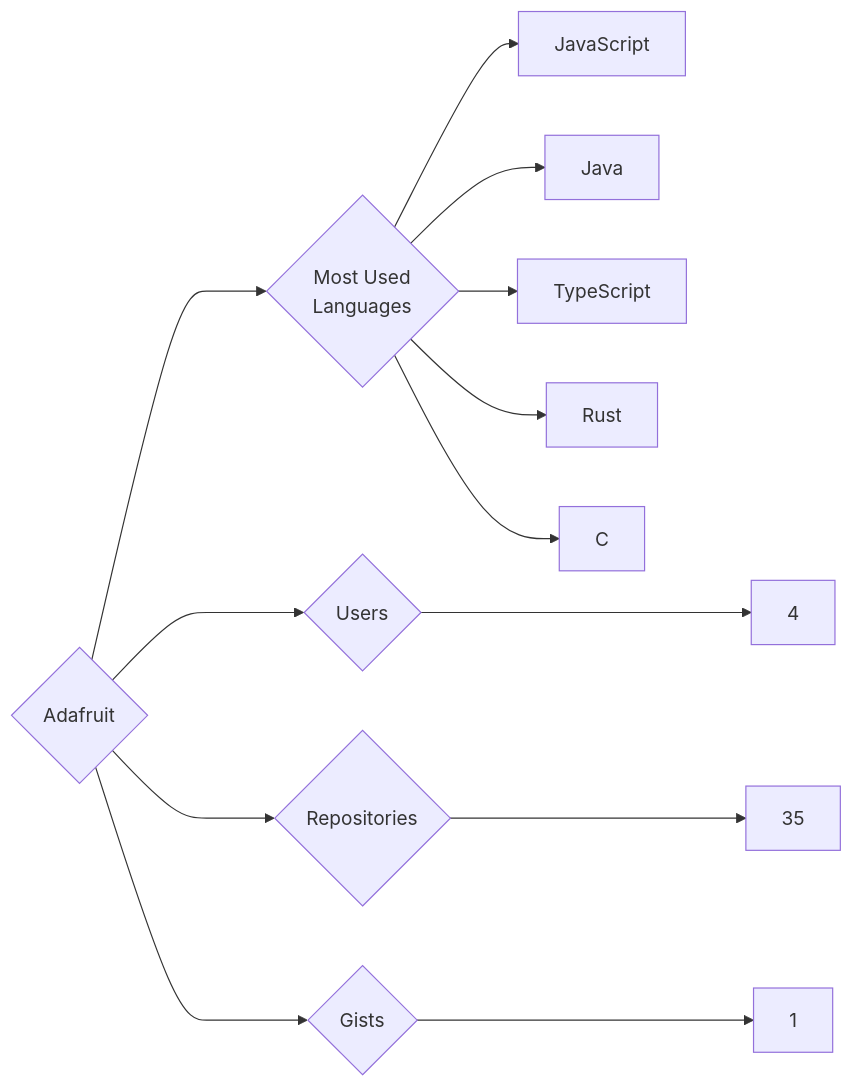
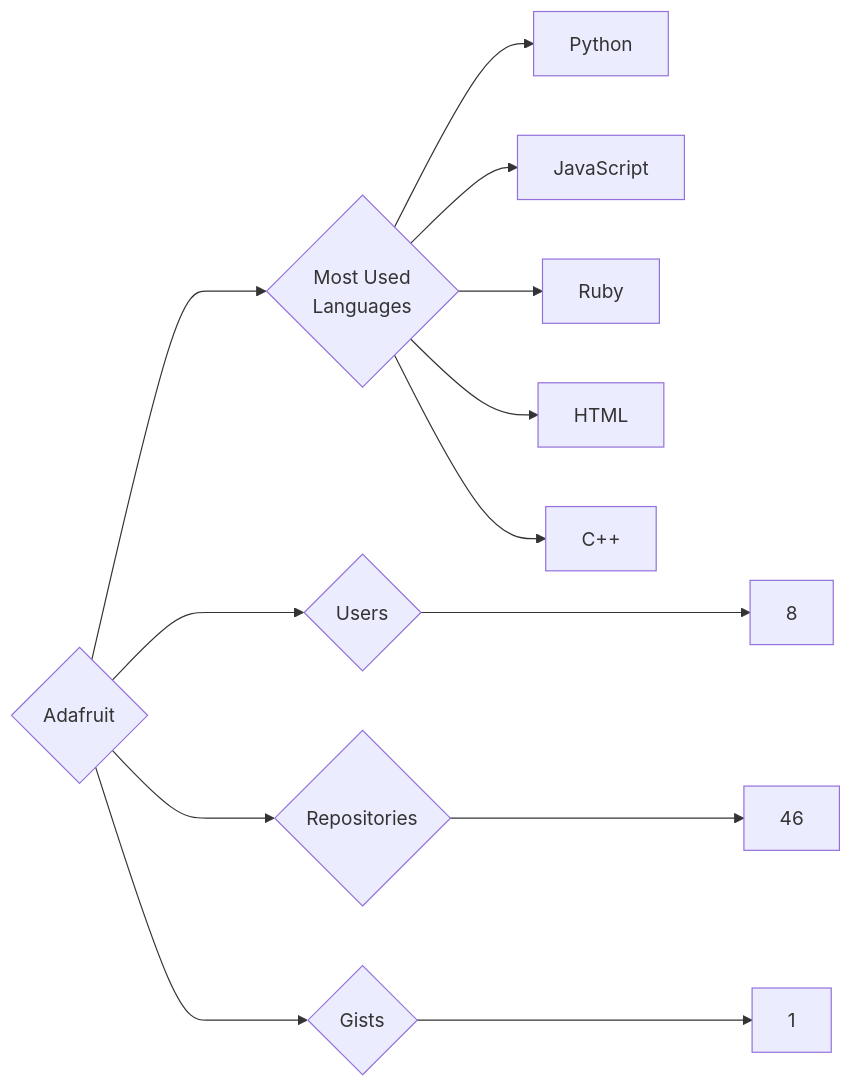
Before and after one commit to trickest/insiders: the diagram in targets/Adafruit/README.md, drawn with Mermaid. The commit also changed 1141 other files, not shown here.

````diff
--- a/targets/Adafruit/README.md
+++ b/targets/Adafruit/README.md
@@ -3,13 +3,13 @@
 ```mermaid
 graph LR
 COMPANY_NAME{Adafruit}
-COMPANY_NAME ---> U{Users} ---> UN[4]
-COMPANY_NAME ---> R{Repositories} ---> RN[35]
+COMPANY_NAME ---> U{Users} ---> UN[8]
+COMPANY_NAME ---> R{Repositories} ---> RN[46]
 COMPANY_NAME ---> G{Gists} ---> GN[1]
 COMPANY_NAME ---> ML{Most Used<br>Languages}
+ML --> Python[Python]
 ML --> JavaScript[JavaScript]
-ML --> Java[Java]
-ML --> TypeScript[TypeScript]
-ML --> Rust[Rust]
-ML --> C[C]
+ML --> Ruby[Ruby]
+ML --> HTML[HTML]
+ML --> C++[C++]
 ```
````
